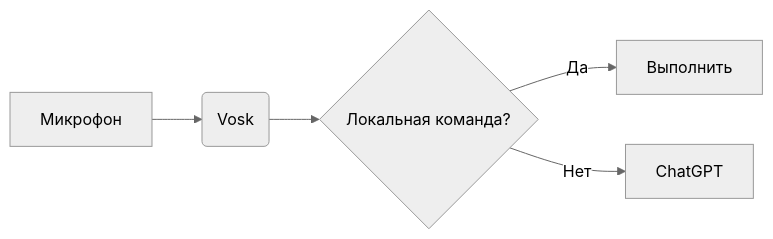
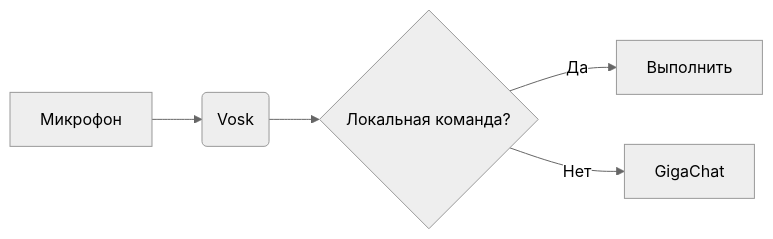
Before and after one commit to fetgrigory/Voice_Assistant: the diagram in README.md, drawn with Mermaid (neutral theme).

````diff
--- a/README.md
+++ b/README.md
@@ -100,7 +100,7 @@
 ```mermaid
 graph LR  
   A[Микрофон] --> B(Vosk)  
   B --> C{Локальная команда?}  
   C -->|Да| D[Выполнить]  
-  C -->|Нет| E[ChatGPT]
+  C -->|Нет| E[ GigaChat]
 ```  
````
